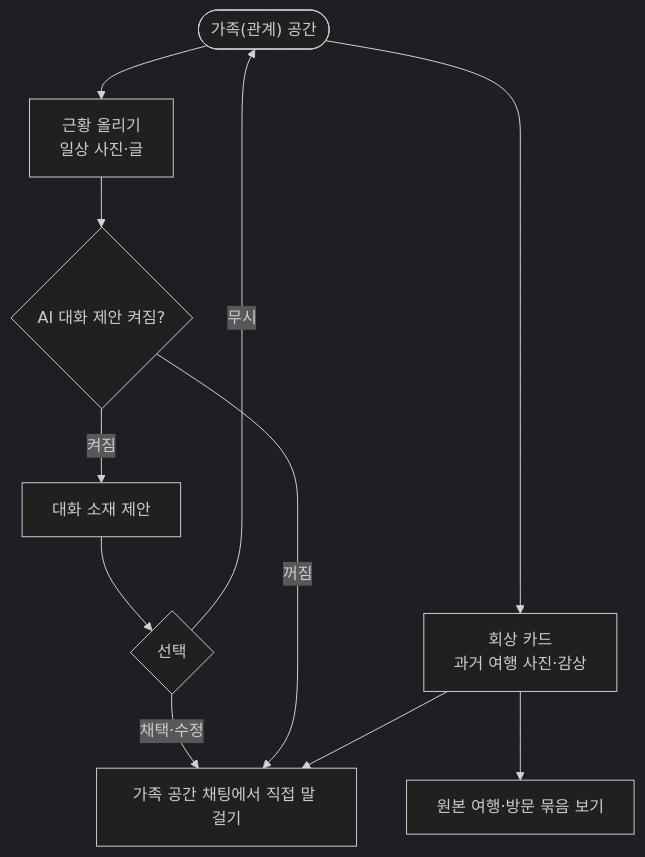
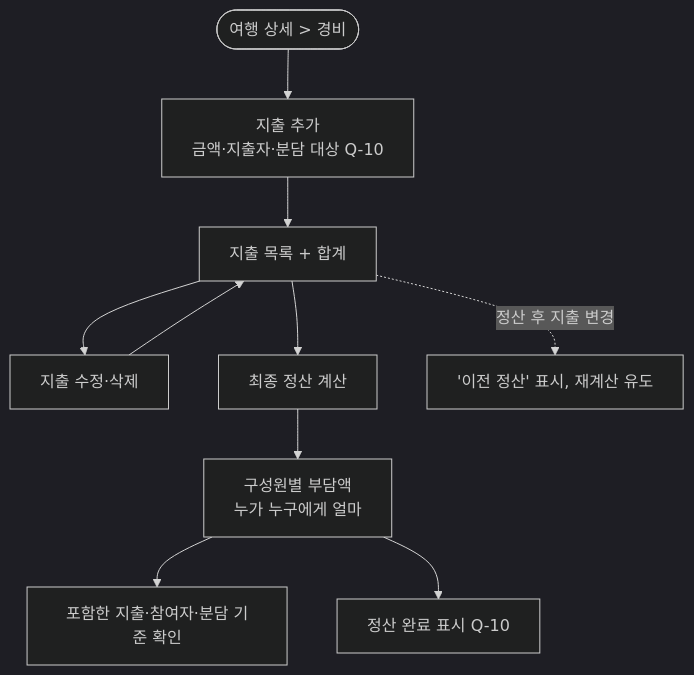
One commit to a204-eodilog/eodilog changed diagram 19 of 24 in docs/flow/user-flow.md. Above: the diagram before and after it, drawn with Mermaid (dark theme). The commit also changed other lines of this file, not shown here.

````diff
--- a/docs/flow/user-flow.md
+++ b/docs/flow/user-flow.md
@@ -225,13 +404,11 @@
 ```mermaid
 flowchart TD
-    G(["가족(관계) 공간"]) --> NEWS["근황 올리기<br/>일상 사진·글"]
-    G --> CARD["회상 카드<br/>과거 여행 사진·감상"]
-    NEWS --> SUG{"AI 대화 제안 켜짐?"}
-    SUG -- "켜짐" --> IDEA["대화 소재 제안"]
-    IDEA --> ACT{"선택"}
-    ACT -- "채택·수정" --> CHAT["가족 공간 채팅에서 직접 말 걸기"]
-    ACT -- "무시" --> G
-    SUG -- "꺼짐" --> CHAT
-    CARD --> SRC["원본 여행·방문 묶음 보기"]
-    CARD --> CHAT
+    EX(["여행 상세 > 경비"]) --> ADD["지출 추가<br/>금액·지출자·분담 대상 Q-10"]
+    ADD --> LIST["지출 목록 + 합계"]
+    LIST --> ED["지출 수정·삭제"] --> LIST
+    LIST --> SETL["최종 정산 계산"]
+    SETL --> RES["구성원별 부담액<br/>누가 누구에게 얼마"]
+    RES --> BASIS["포함한 지출·참여자·분담 기준 확인"]
+    LIST -. "정산 후 지출 변경" .-> OLD["'이전 정산' 표시, 재계산 유도"]
+    RES --> DONE["정산 완료 표시 Q-10"]
 ```
````
